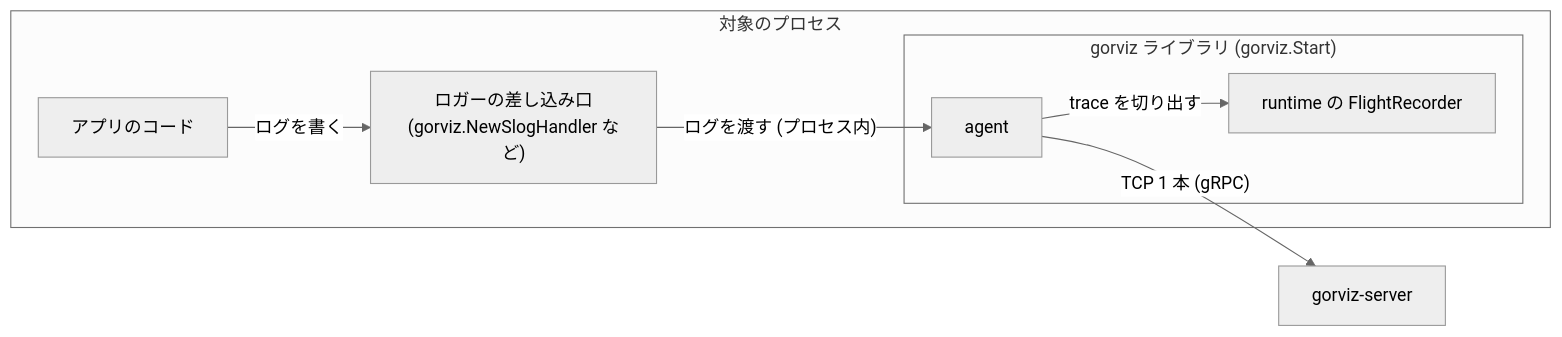
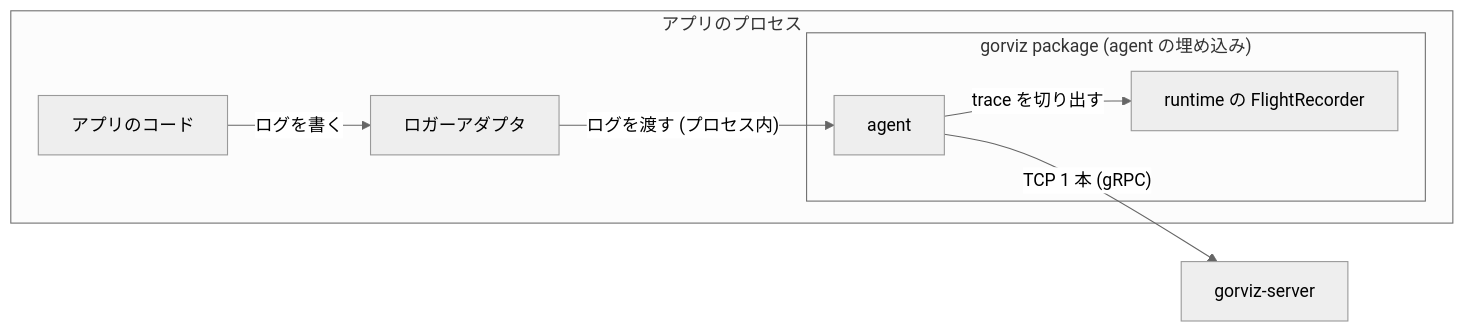
The third of 4 diagrams in docs/design.md (kakkky/gorviz), drawn with Mermaid (neutral theme) before and after one commit. The commit also changed other lines of this file, not shown here.

Commit message:
docs: reorganize the design into overview, motivation, architecture and per-component specs, and collect logs from files, TCP/UDP and journald the way Datadog does

````diff
--- a/docs/design.md
+++ b/docs/design.md
@@ -93,17 +126,17 @@
 ```mermaid
 flowchart LR
-    subgraph appproc["対象のプロセス"]
+    subgraph appproc["アプリのプロセス"]
         app["アプリのコード"]
-        h["ロガーの差し込み口<br/>(gorviz.NewSlogHandler など)"]
-        subgraph lib["gorviz ライブラリ (gorviz.Start)"]
+        h["ロガーアダプタ"]
+        subgraph lib["gorviz package (agent の埋め込み)"]
             agent["agent"]
             fr["runtime の FlightRecorder"]
         end
     end
     server["gorviz-server"]
 
     app -->|"ログを書く"| h
     h -->|"ログを渡す (プロセス内)"| agent
     agent -->|"trace を切り出す"| fr
     agent -->|"TCP 1 本 (gRPC)"| server
 ```
````
